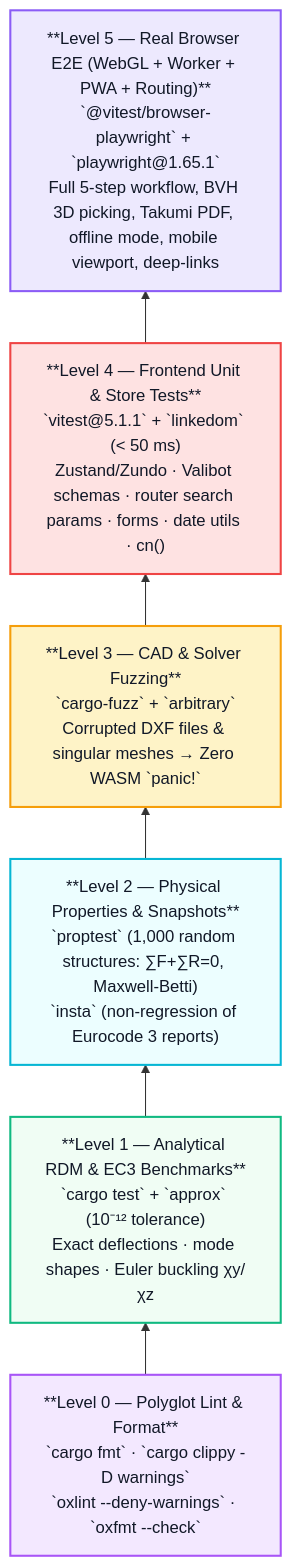
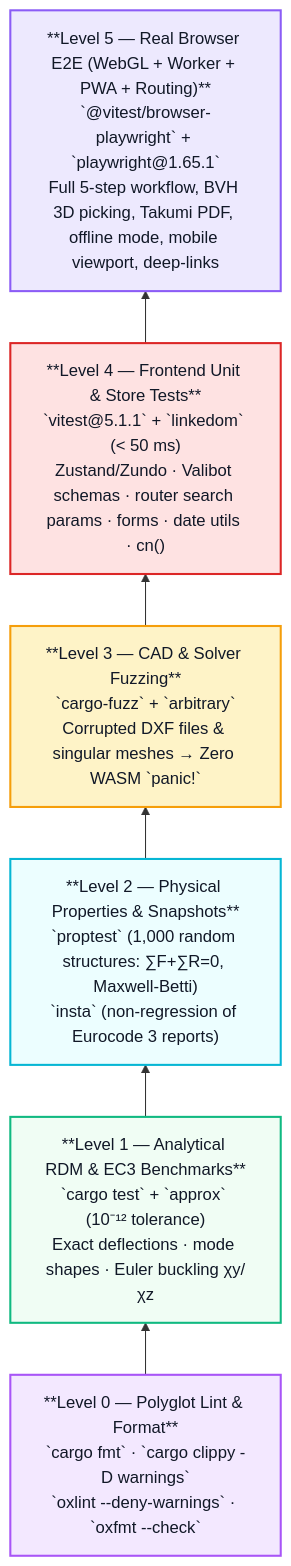
One commit to elcoosp/rdm-studio changed the third of 4 diagrams in ARCHITECTURE.md. Above: the diagram before and after it, drawn with Mermaid. The commit also changed other lines of this file, not shown here.

````diff
--- a/ARCHITECTURE.md
+++ b/ARCHITECTURE.md
@@ -957,25 +957,25 @@
 ```mermaid
 flowchart BT
     L0["**Level 0 — Polyglot Lint & Format**<br/>`cargo fmt` · `cargo clippy -D warnings`<br/>`oxlint --deny-warnings` · `oxfmt --check`"]
     L1["**Level 1 — Analytical RDM & EC3 Benchmarks**<br/>`cargo test` + `approx` (10⁻¹² tolerance)<br/>Exact deflections · mode shapes · Euler buckling χy/χz"]
     L2["**Level 2 — Physical Properties & Snapshots**<br/>`proptest` (1,000 random structures: ∑F+∑R=0, Maxwell-Betti)<br/>`insta` (non-regression of Eurocode 3 reports)"]
     L3["**Level 3 — CAD & Solver Fuzzing**<br/>`cargo-fuzz` + `arbitrary`<br/>Corrupted DXF files & singular meshes → Zero WASM `panic!`"]
     L4["**Level 4 — Frontend Unit & Store Tests**<br/>`vitest@5.1.1` + `linkedom` (< 50 ms)<br/>Zustand/Zundo · Valibot schemas · router search params · forms · date utils · cn()"]
     L5["**Level 5 — Real Browser E2E (WebGL + Worker + PWA + Routing)**<br/>`@vitest/browser-playwright` + `playwright@1.65.1`<br/>Full 5-step workflow, BVH 3D picking, Takumi PDF, offline mode, mobile viewport, deep-links"]
 
     L0 --> L1 --> L2 --> L3 --> L4 --> L5
 
     classDef l0 fill:#F3E8FF,stroke:#A855F7,stroke-width:2px,color:#111827
     classDef l1 fill:#F0FDF4,stroke:#10B981,stroke-width:2px,color:#111827
     classDef l2 fill:#ECFEFF,stroke:#06B6D4,stroke-width:2px,color:#111827
     classDef l3 fill:#FEF3C7,stroke:#F59E0B,stroke-width:2px,color:#111827
-    classDef l4 fill:#FEE2E2,stroke:#EF4444,stroke-width:2px,color:#111827
+    classDef l4 fill:#FEE2E2,stroke:#DC2626,stroke-width:2px,color:#111827
     classDef l5 fill:#EDE9FE,stroke:#8B5CF6,stroke-width:2px,color:#111827
 
     class L0 l0
     class L1 l1
     class L2 l2
     class L3 l3
     class L4 l4
     class L5 l5
 ```
````
